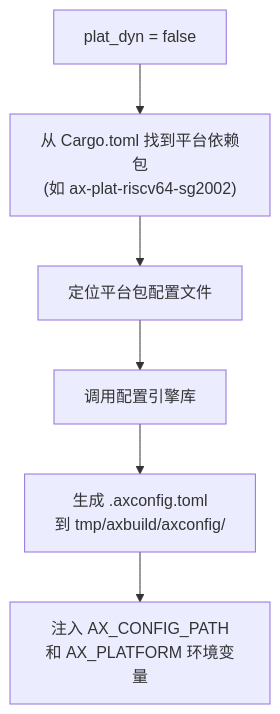
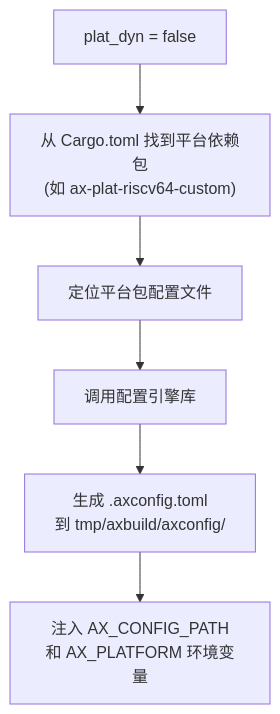
One commit to rcore-os/tgoskits changed the fifth of 8 diagrams in docs/docs/build/build.md. Above: the diagram before and after it, drawn with Mermaid. The commit also changed other lines of this file and 77 other files, not shown here.

````diff
--- a/docs/docs/build/build.md
+++ b/docs/docs/build/build.md
@@ -172,8 +172,8 @@
 ```mermaid
 flowchart TD
-    A["plat_dyn = false"] --> B["从 Cargo.toml 找到平台依赖包<br/>(如 ax-plat-riscv64-sg2002)"]
+    A["plat_dyn = false"] --> B["从 Cargo.toml 找到平台依赖包<br/>(如 ax-plat-riscv64-custom)"]
     B --> C["定位平台包配置文件"]
     C --> D["调用配置引擎库"]
     D --> E["生成 .axconfig.toml<br/>到 tmp/axbuild/axconfig/"]
     E --> F["注入 AX_CONFIG_PATH<br/>和 AX_PLATFORM 环境变量"]
 ```
````
